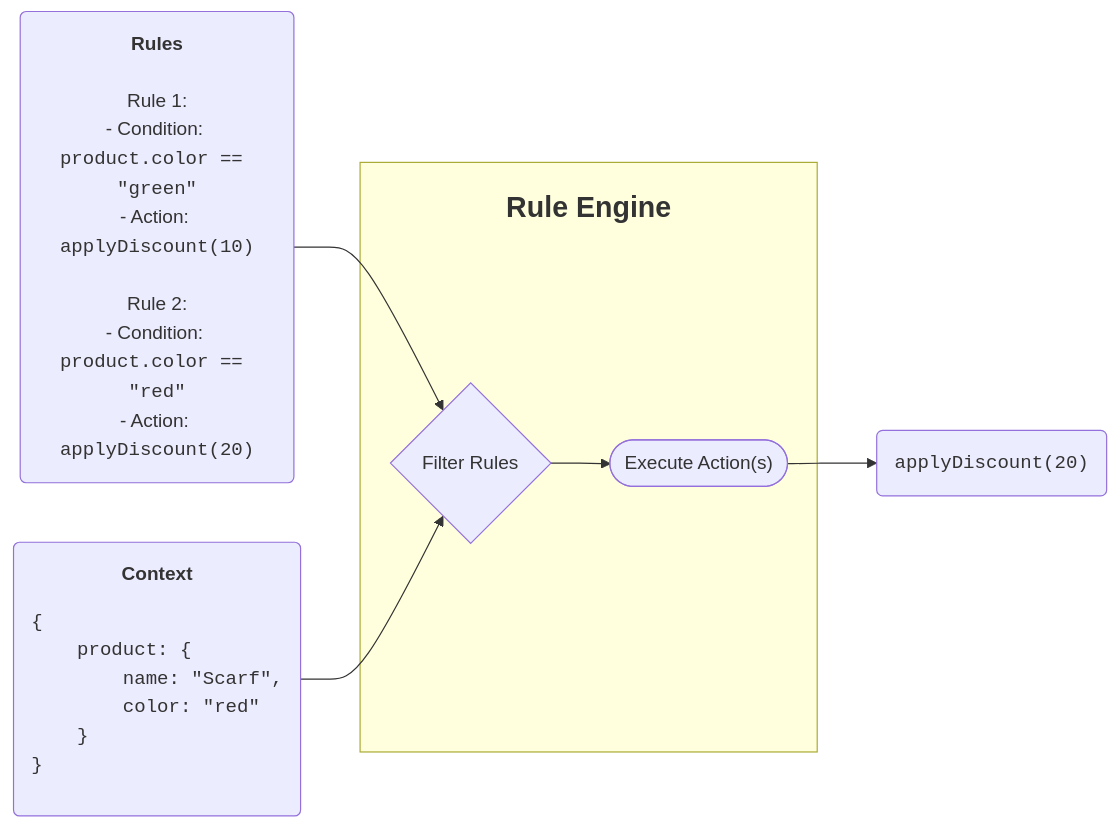
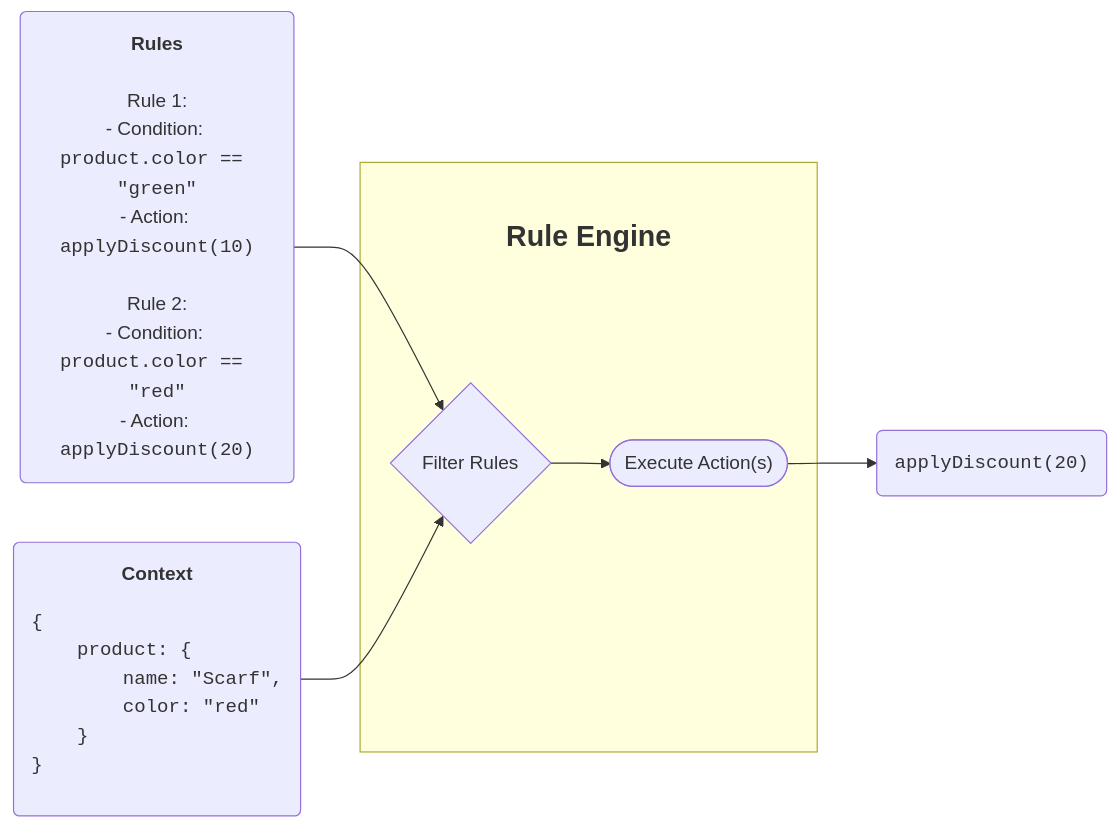
The diagram in README.md (uuf6429/rune), drawn with Mermaid before and after one commit. The commit also changed other lines of this file and 1 other file, not shown here.

````diff
--- a/README.md
+++ b/README.md
@@ -48,31 +51,31 @@
 ```mermaid
 flowchart LR
     A("
 <center><b>Rules</b></center>
 Rule 1:
 - Condition: <code>product.color == #quot;green#quot;</code>
 - Action: <code>applyDiscount(10)</code>
 
 Rule 2:
 - Condition: <code>product.color == #quot;red#quot;</code>
 - Action: <code>applyDiscount(20)</code>
     ") --> C
 
     B("
 <center><b>Context</b></center><pre><code>{
     product: {
         name: #quot;Scarf#quot;,
         color: #quot;red#quot;
     }
 }</code></pre>
     ") --> C
 
-    subgraph RuleEngine ["<h2>Rule Engine</h2>"]
+    subgraph RuleEngine ["<br><h2>Rule Engine</h2>"]
         C{"Filter Rules"} --> D(["Execute Action(s)"])
     end
 
     D --> E("<code>applyDiscount(20)</code>")
 
 style A text-align: left
 style B text-align: left
 ```
````
